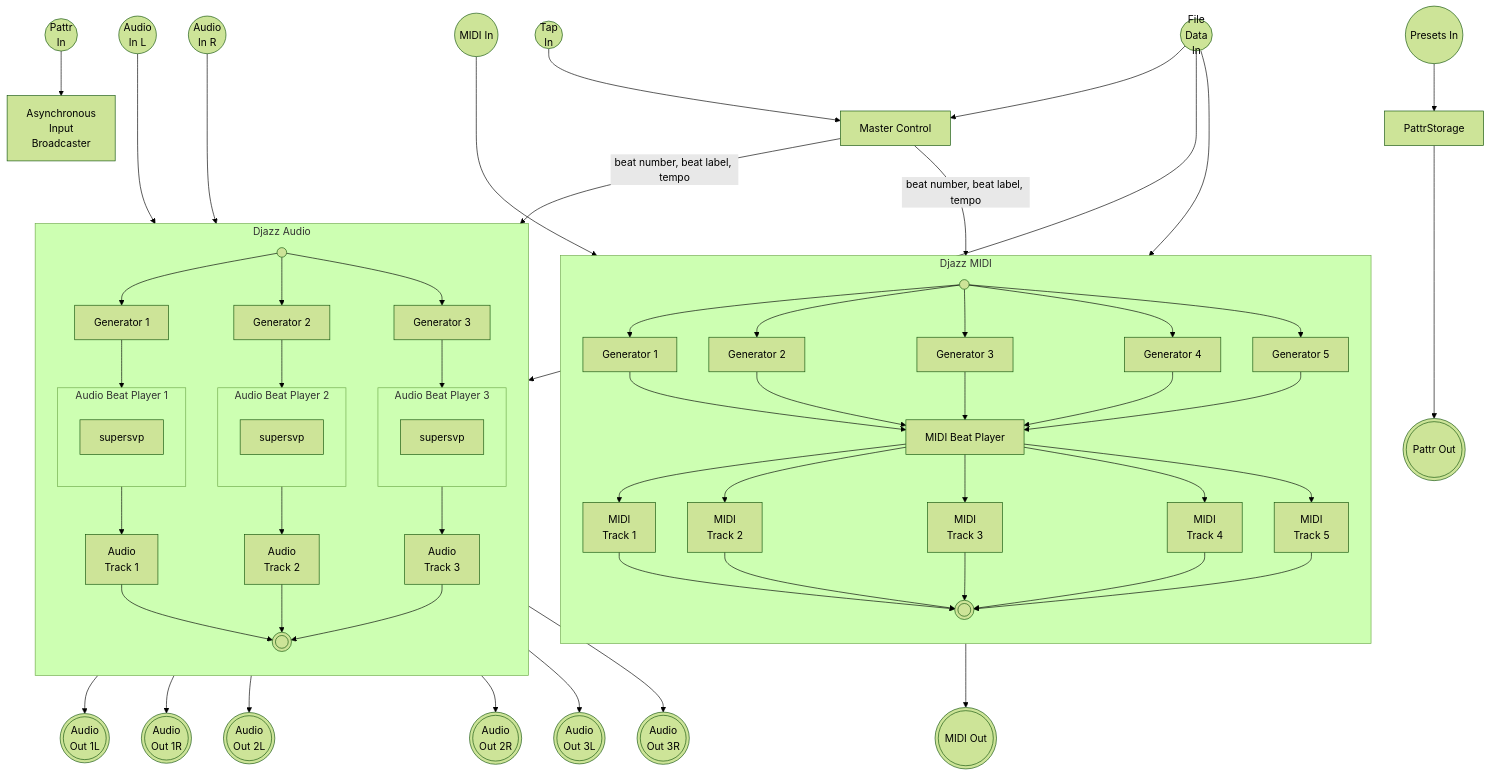
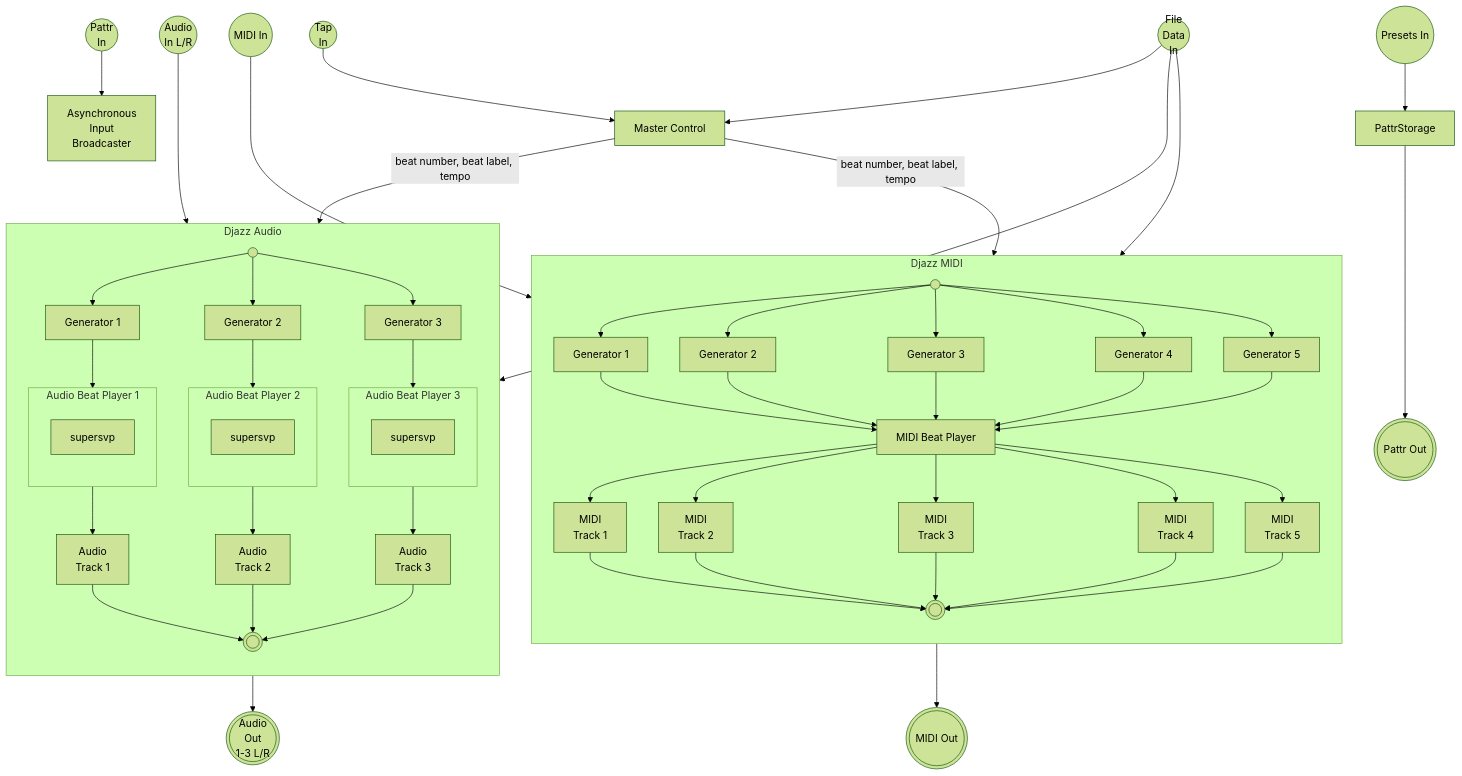
The second of 2 diagrams in content/3_API/1_abstraction_references/djazz.md (repmus-docs/DjazzDocs), drawn with Mermaid (forest theme) before and after one commit. The commit also changed other lines of this file, not shown here.

Commit message:
fix djazz diagram

```diff
--- a/content/3_API/1_abstraction_references/djazz.md
+++ b/content/3_API/1_abstraction_references/djazz.md
@@ -59,8 +72,7 @@
 TapIn((Tap\nIn))
 PattrIn((Pattr\nIn))
 
-AudioIn1((Audio\nIn L))
-AudioIn2((Audio\nIn R))
+AudioIn((Audio\nIn L/R))
 MidiIn((MIDI In))
 
 DataIn((File\nData\nIn))
@@ -145,35 +157,24 @@
 click Midi "midi.html" "Master Control"
 
 
-AudioOut1(((Audio\nOut 1L)))
-AudioOut2(((Audio\nOut 1R)))
-AudioOut3(((Audio\nOut 2L)))
-AudioOut4(((Audio\nOut 2R)))
-AudioOut5(((Audio\nOut 3L)))
-AudioOut6(((Audio\nOut 3R)))
+AudioOut(((Audio\nOut\n1-3 L/R)))
 MidiOut(((MIDI Out)))
 PattrOut(((Pattr Out)))
 
 TapIn-->Master
 
 PattrIn-->PattrBroadcast
-AudioIn1--->Audio
-AudioIn2--->Audio
-MidiIn--->Midi
+AudioIn--->agIn
+MidiIn--->mgIn
 DataIn-->Master
 DataIn-->Audio
 DataIn-->Midi
 Master-->|beat number, beat label, tempo| Audio
 Master-->|beat number, beat label, tempo| Midi
 
-Audio-->AudioOut1
-Audio-->AudioOut2
-Audio-->AudioOut3
-Audio-->AudioOut4
-Audio-->AudioOut5
-Audio-->AudioOut6
+agOut-->AudioOut
 
-Midi-->MidiOut
+mgOut-->MidiOut
 
 PresetIn-->PattrStorage
 PattrStorage-->PattrOut
```
